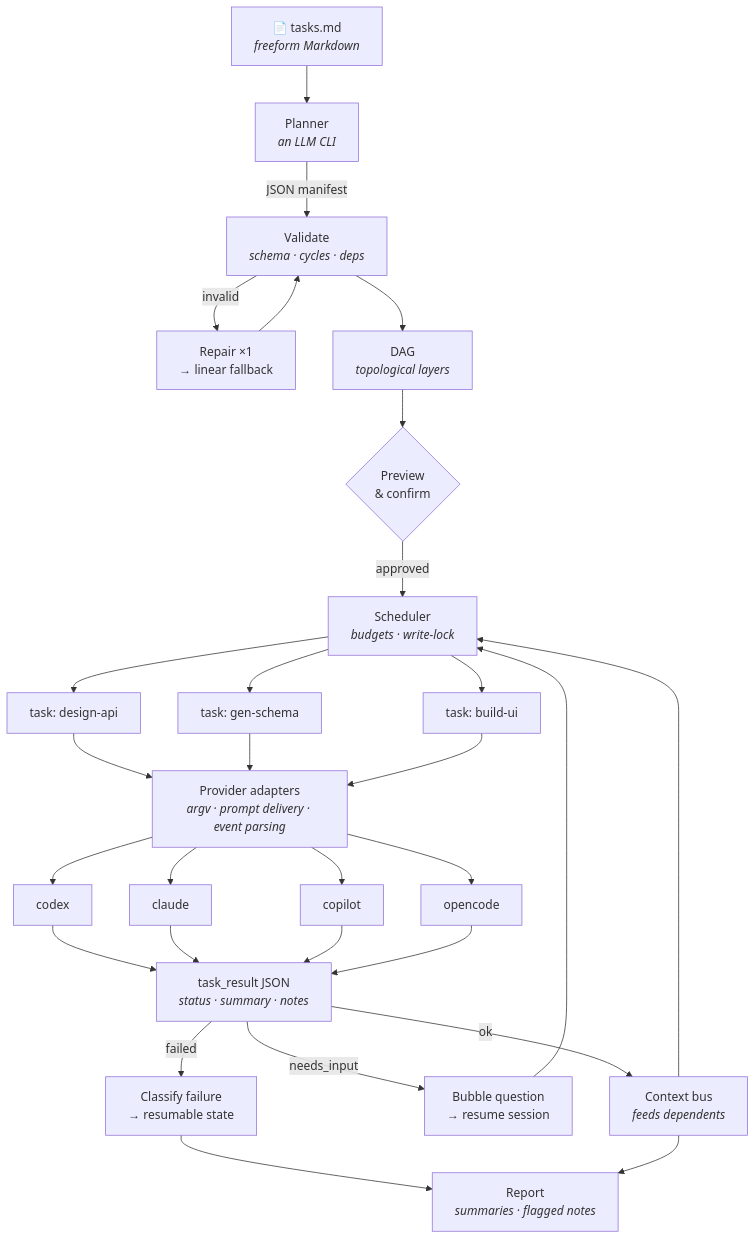
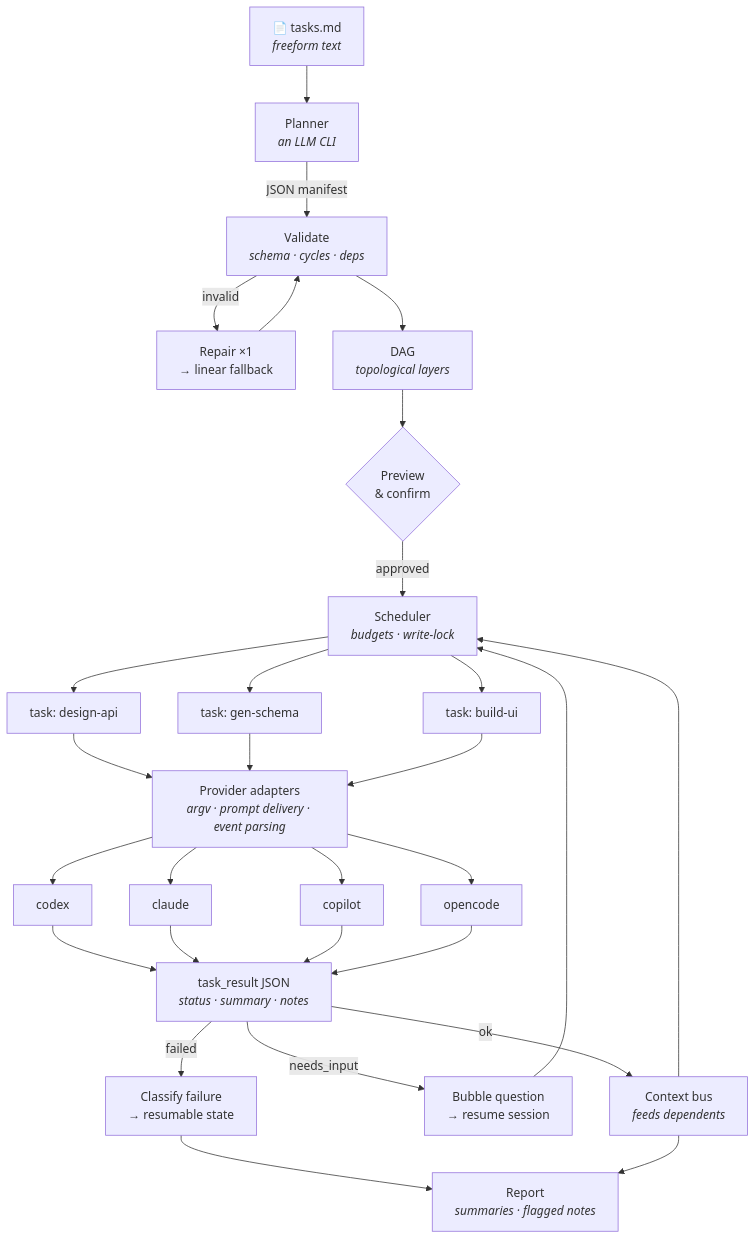
Before and after one commit to juliomatcom/baya-cli: the diagram in README.md, drawn with Mermaid. The commit also changed other lines of this file and 18 other files, not shown here.

First line of the commit message:
feat(planner): accept any UTF-8 text file as the task list, not just Markdown

````diff
--- a/README.md
+++ b/README.md
@@ -86,37 +97,37 @@
 ```mermaid
 flowchart TB
-    MD["📄 tasks.md<br/><i>freeform Markdown</i>"] --> P["Planner<br/><i>an LLM CLI</i>"]
+    MD["📄 tasks.md<br/><i>freeform text</i>"] --> P["Planner<br/><i>an LLM CLI</i>"]
     P -->|JSON manifest| V["Validate<br/><i>schema · cycles · deps</i>"]
     V -->|invalid| R["Repair ×1<br/>→ linear fallback"]
     R --> V
     V --> G["DAG<br/><i>topological layers</i>"]
     G --> GATE{"Preview<br/>& confirm"}
     GATE -->|approved| S["Scheduler<br/><i>budgets · write-lock</i>"]
 
     S --> T1["task: design-api"]
     S --> T2["task: gen-schema"]
     S --> T3["task: build-ui"]
 
     T1 --> AD["Provider adapters<br/><i>argv · prompt delivery · event parsing</i>"]
     T2 --> AD
     T3 --> AD
 
     AD --> C1["codex"]
     AD --> C2["claude"]
     AD --> C3["copilot"]
     AD --> C4["opencode"]
 
     C1 --> RES["task_result JSON<br/><i>status · summary · notes</i>"]
     C2 --> RES
     C3 --> RES
     C4 --> RES
 
     RES -->|ok| BUS["Context bus<br/><i>feeds dependents</i>"]
     RES -->|needs_input| ASK["Bubble question<br/>→ resume session"]
     RES -->|failed| REC["Classify failure<br/>→ resumable state"]
 
     BUS --> S
     ASK --> S
     REC --> OUT["Report<br/><i>summaries · flagged notes</i>"]
     BUS --> OUT
 ```
````
